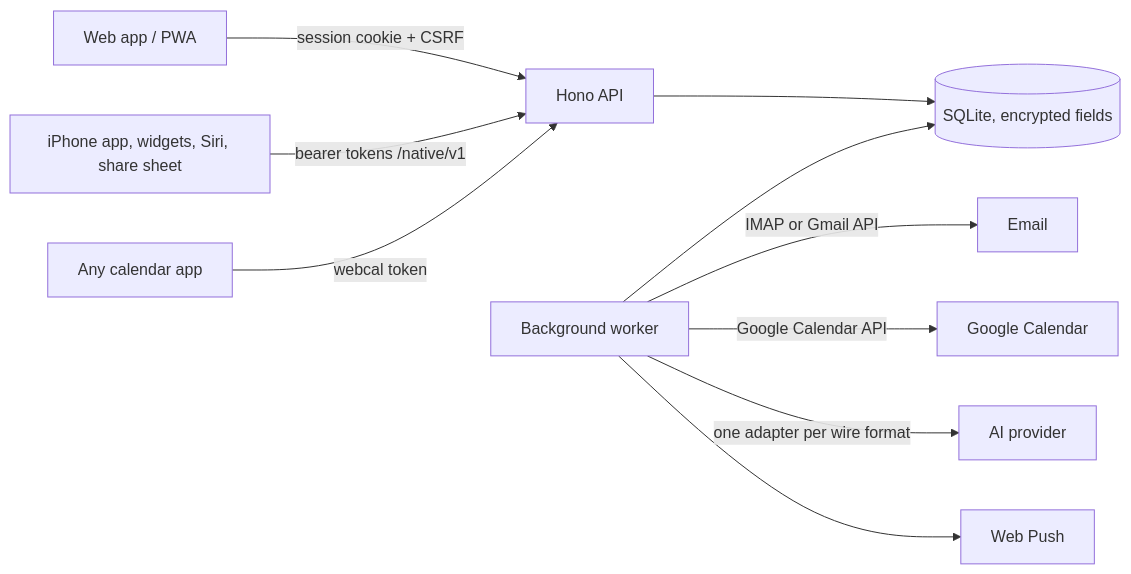
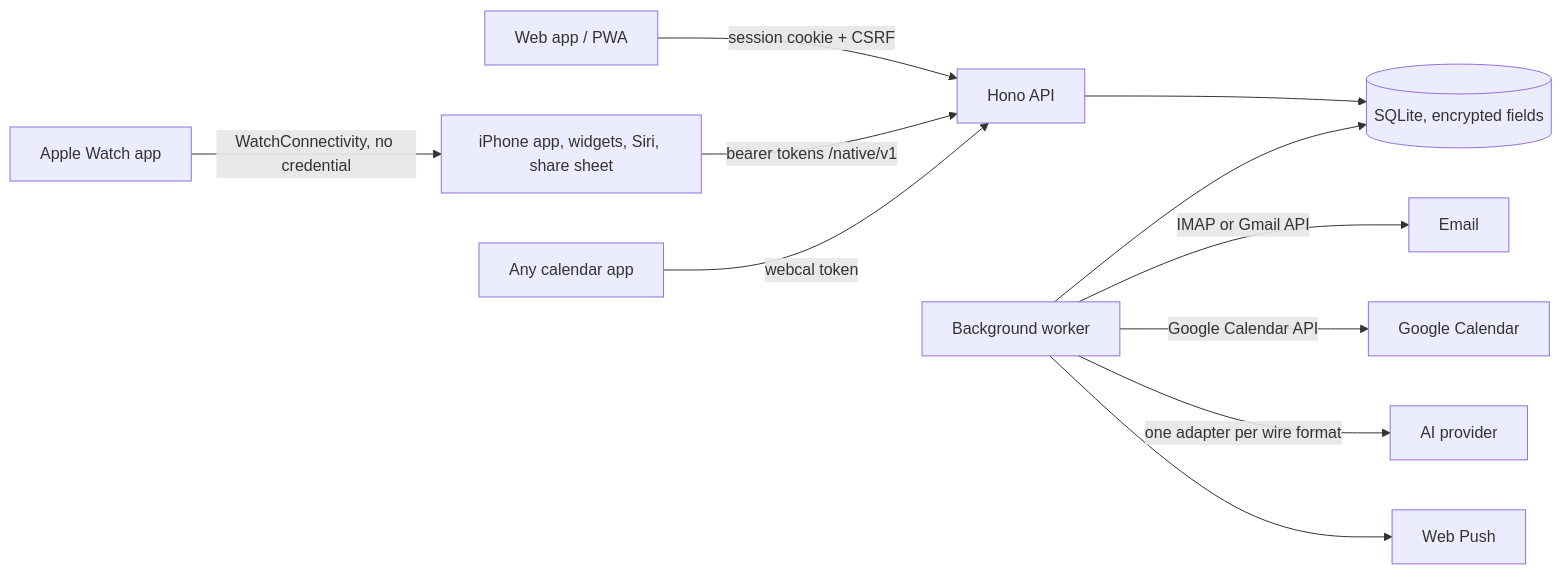
One commit to ravimody/fridgedoor changed the diagram in docs/architecture.md. Above: the diagram before and after it, drawn with Mermaid. The commit also changed other lines of this file and 27 other files, not shown here.

First line of the commit message:
Add an Apple Watch app

````diff
--- a/docs/architecture.md
+++ b/docs/architecture.md
@@ -3,12 +3,13 @@
 ```mermaid
 flowchart LR
   Web[Web app / PWA] -->|session cookie + CSRF| API[Hono API]
   iOS[iPhone app, widgets, Siri, share sheet] -->|bearer tokens /native/v1| API
+  Watch[Apple Watch app] -->|WatchConnectivity, no credential| iOS
   Cal[Any calendar app] -->|webcal token| API
   API --> DB[(SQLite, encrypted fields)]
   Worker[Background worker] --> DB
   Worker -->|IMAP or Gmail API| Mail[Email]
   Worker -->|Google Calendar API| GCal[Google Calendar]
   Worker -->|one adapter per wire format| LLM[AI provider]
   Worker --> Push[Web Push]
 ```
````
